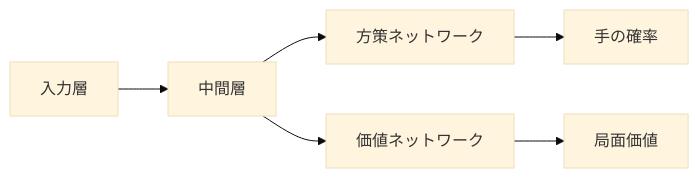
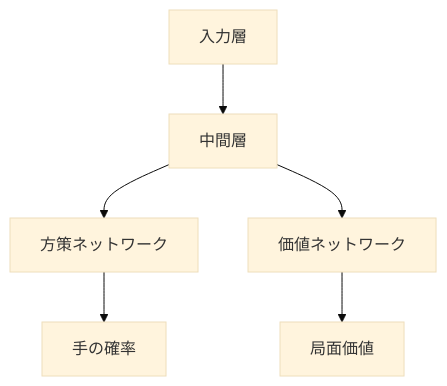
Before and after one commit to nodchip/wcsc36-presentation: the sixth of 6 diagrams in slides.md, drawn with Mermaid (base theme). The commit also changed other lines of this file, not shown here.

````diff
--- a/slides.md
+++ b/slides.md
@@ -453,8 +386,8 @@
 ```mermaid
-flowchart LR
+flowchart TD
   A[入力層] --> B[中間層]
   B --> C[方策ネットワーク]
   B --> D[価値ネットワーク]
   C --> E[手の確率]
   D --> F[局面価値]
 ```
````
